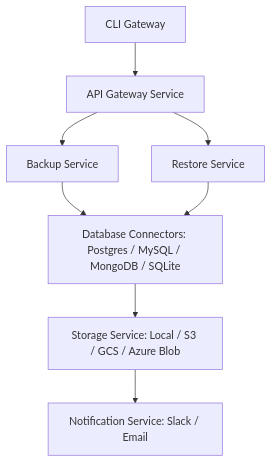
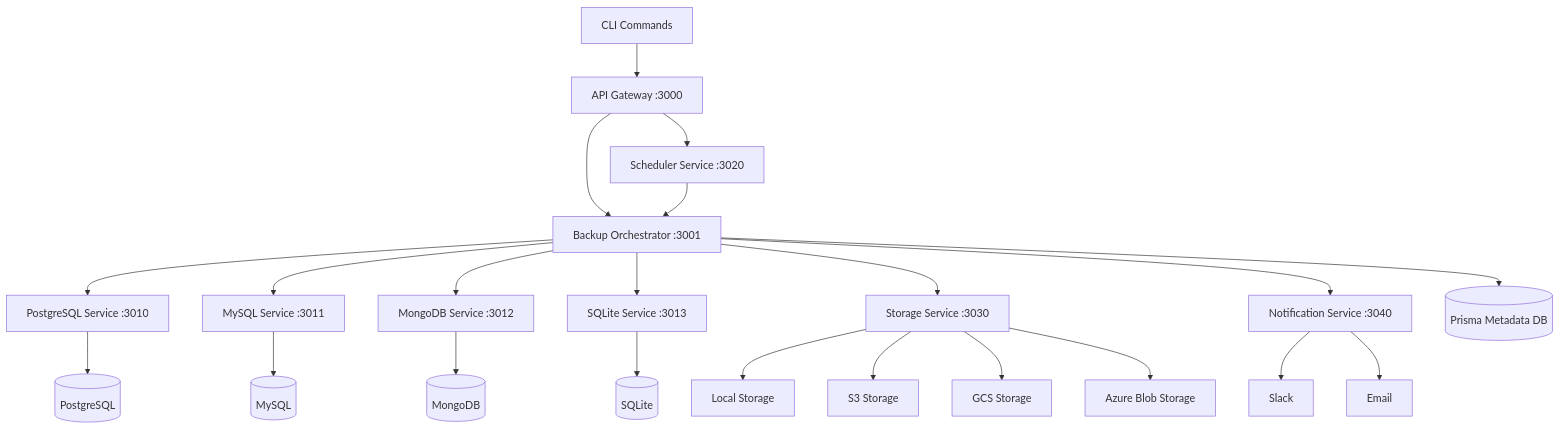
Before and after one commit to rithishcodespace/db-backup-cli: the diagram in README.md, drawn with Mermaid.

````diff
--- a/README.md
+++ b/README.md
@@ -71,16 +71,35 @@
 ```mermaid
 graph TD
 
-A[CLI Gateway] --> B[API Gateway Service]
+    A[CLI Commands] --> B[API Gateway :3000]
 
-B --> C[Backup Service]
-B --> D[Restore Service]
+    B --> C[Backup Orchestrator :3001]
+    B --> D[Scheduler Service :3020]
 
-C --> E[Database Connectors: Postgres / MySQL / MongoDB / SQLite]
-D --> E
+    D --> C
 
-E --> F[Storage Service: Local / S3 / GCS / Azure Blob]
+    C --> E[PostgreSQL Service :3010]
+    C --> F[MySQL Service :3011]
+    C --> G[MongoDB Service :3012]
+    C --> H[SQLite Service :3013]
 
-F --> G[Notification Service: Slack / Email]
+    E --> I[(PostgreSQL)]
+    F --> J[(MySQL)]
+    G --> K[(MongoDB)]
+    H --> L[(SQLite)]
+
+    C --> M[Storage Service :3030]
+
+    M --> N[Local Storage]
+    M --> O[S3 Storage]
+    M --> P[GCS Storage]
+    M --> Q[Azure Blob Storage]
+
+    C --> R[Notification Service :3040]
+
+    R --> S[Slack]
+    R --> T[Email]
+
+    C --> U[(Prisma Metadata DB)]
 
 ```
````
